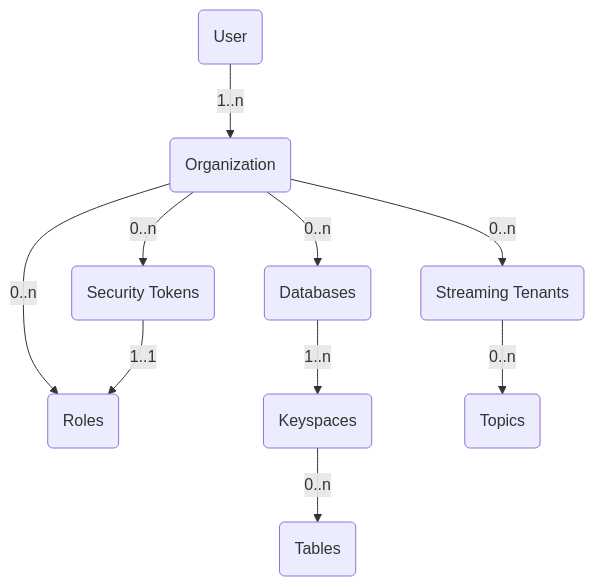
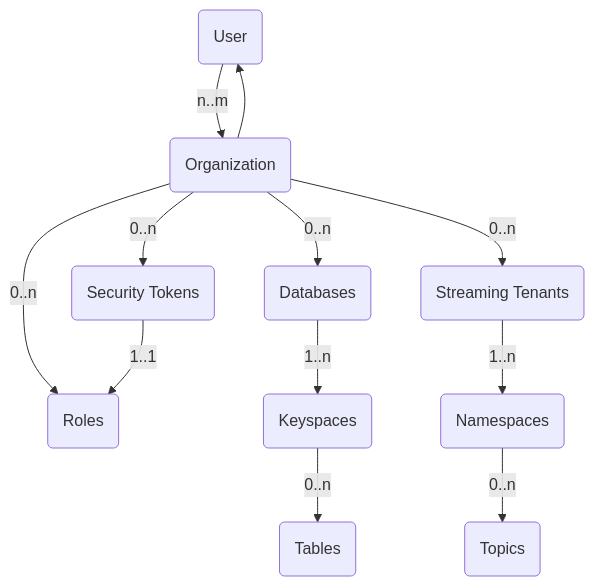
Before and after one commit to awesome-astra/docs: the first of 2 diagrams in docs/pages/astra/create-account.md, drawn with Mermaid. The commit also changed other lines of this file and 26 other files, not shown here.

````diff
--- a/docs/pages/astra/create-account.md
+++ b/docs/pages/astra/create-account.md
@@ -87,12 +91,14 @@
 ```mermaid
   graph TD
-    User(User) -->|1..n| ORG(Organization)
+    User(User) -->|n..m| ORG(Organization)
+    ORG(Organization) --> User(User) 
     ORG(Organization) -->|0..n| DB(Databases)
     ORG(Organization) -->|0..n| ST(Streaming Tenants)
     ORG(Organization) -->|0..n| ROLE(Roles)
     ORG(Organization) -->|0..n| TOK(Security Tokens)
     TOK(Security Tokens) -->|1..1| ROLE
     DB(Databases) -->|1..n| KEY(Keyspaces)
     KEY(Keyspaces) -->|0..n| TABLE(Tables)
-    ST(Streaming Tenants) -->|0..n| TOPIC(Topics)
+    ST(Streaming Tenants) -->|1..n| NAMESPACES(Namespaces)
+    NAMESPACES(Namespaces) -->|0..n| TOPICS(Topics)
 ```
````
